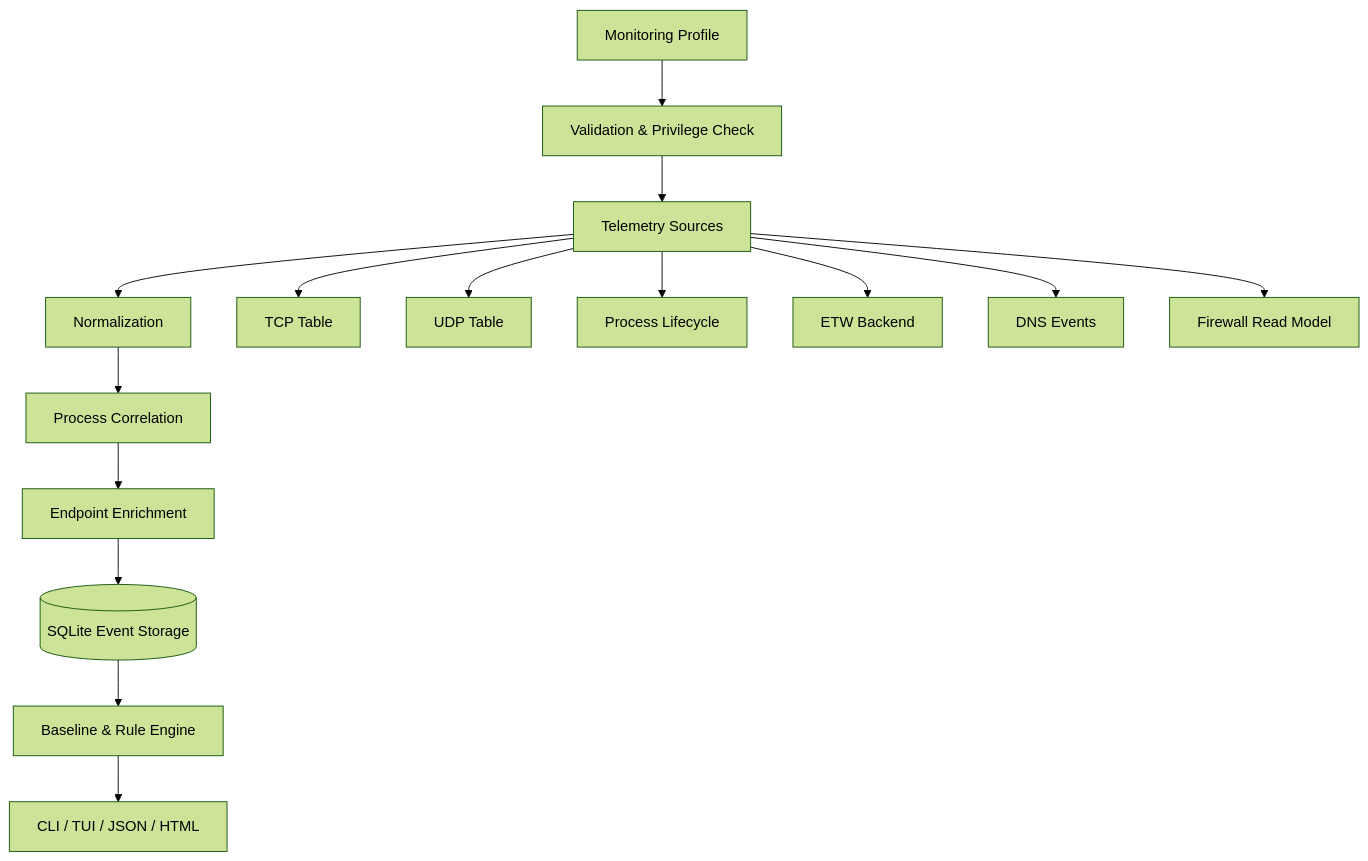
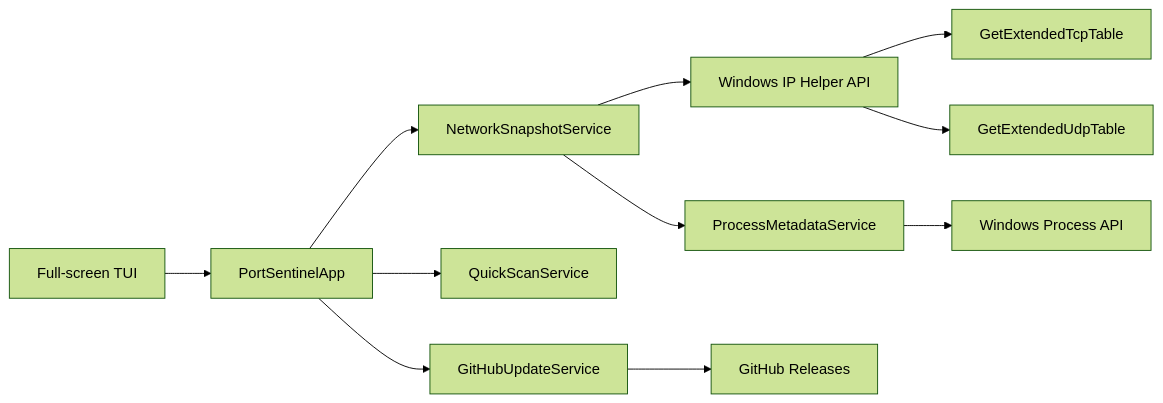
Before and after one commit to Onmaynec/PortSentinel: the diagram in docs/ARCHITECTURE.md, drawn with Mermaid (forest theme). The commit also changed other lines of this file, not shown here.

Commit message:
docs: align architecture with implemented v0.2.0

````diff
--- a/docs/ARCHITECTURE.md
+++ b/docs/ARCHITECTURE.md
@@ -11,18 +7,13 @@
 ```mermaid
-flowchart TD
-    P[Monitoring Profile] --> V[Validation & Privilege Check]
-    V --> TS[Telemetry Sources]
-    TS --> N[Normalization]
-    N --> PC[Process Correlation]
-    PC --> EE[Endpoint Enrichment]
-    EE --> ST[(SQLite Event Storage)]
-    ST --> BR[Baseline & Rule Engine]
-    BR --> UI[CLI / TUI / JSON / HTML]
-
-    TS --> TCP[TCP Table]
-    TS --> UDP[UDP Table]
-    TS --> PROC[Process Lifecycle]
-    TS --> ETW[ETW Backend]
-    TS --> DNS[DNS Events]
-    TS --> FW[Firewall Read Model]
+flowchart LR
+    UI[Full-screen TUI] --> APP[PortSentinelApp]
+    APP --> SNAP[NetworkSnapshotService]
+    SNAP --> API[Windows IP Helper API]
+    API --> TCP[GetExtendedTcpTable]
+    API --> UDP[GetExtendedUdpTable]
+    SNAP --> META[ProcessMetadataService]
+    META --> PROC[Windows Process API]
+    APP --> SCAN[QuickScanService]
+    APP --> UPDATE[GitHubUpdateService]
+    UPDATE --> RELEASES[GitHub Releases]
 ```
````
